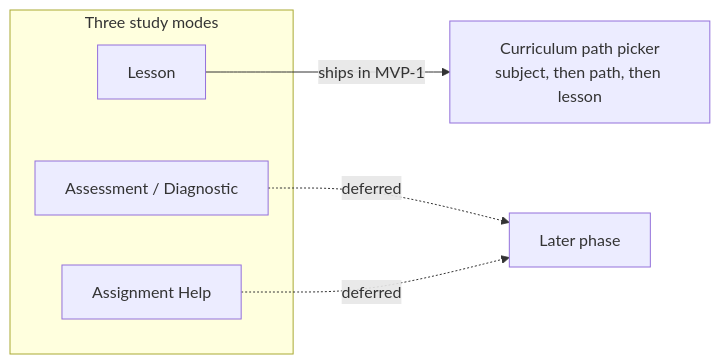
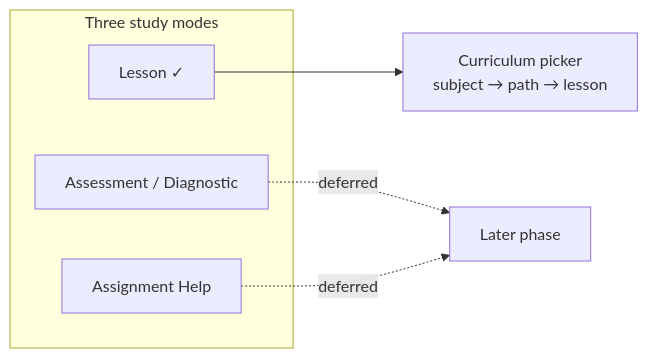
One commit to stemolly/wiki changed the first of 2 diagrams in src/content/docs/product/mvp-poc/mvp-scope.md. Above: the diagram before and after it, drawn with Mermaid. The commit also changed other lines of this file and 57 other files, not shown here.

````diff
--- a/src/content/docs/product/mvp-poc/mvp-scope.md
+++ b/src/content/docs/product/mvp-poc/mvp-scope.md
@@ -24,11 +28,11 @@
 ```mermaid
 flowchart LR
     subgraph modes["Three study modes"]
-        L["Lesson"]
+        L["Lesson ✓"]
         D["Assessment / Diagnostic"]
         H["Assignment Help"]
     end
-    L -->|"ships in MVP-1"| Picker["Curriculum path picker<br/>subject, then path, then lesson"]
+    L --> Picker["Curriculum picker<br/>subject → path → lesson"]
     D -.->|"deferred"| Later["Later phase"]
     H -.->|"deferred"| Later
 ```
````
